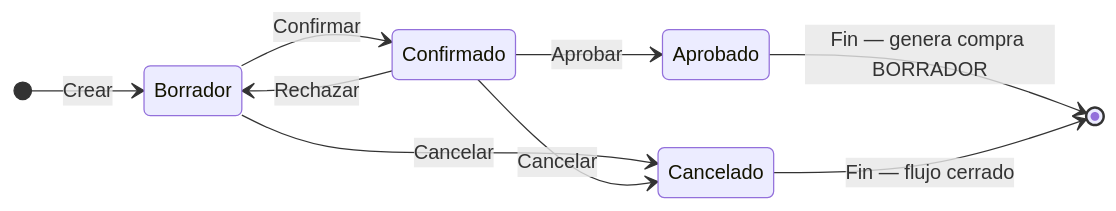
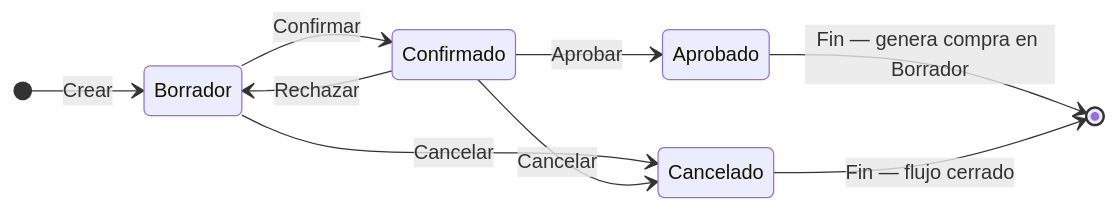
The diagram in docs/compras/orden-compras.md (Zink-in-Tech/ZiT-ERP_DocsPublica_FE), drawn with Mermaid before and after one commit. The commit also changed other lines of this file and 44 other files, not shown here.

````diff
--- a/docs/compras/orden-compras.md
+++ b/docs/compras/orden-compras.md
@@ -134,12 +132,12 @@
 ```mermaid
 stateDiagram-v2
   direction LR
   [*] --> Borrador: Crear
   Borrador --> Confirmado: Confirmar
   Confirmado --> Aprobado: Aprobar
-  Aprobado --> [*]: Fin — genera compra BORRADOR
+  Aprobado --> [*]: Fin — genera compra en Borrador
   Borrador --> Cancelado: Cancelar
   Confirmado --> Cancelado: Cancelar
   Confirmado --> Borrador: Rechazar
   Cancelado --> [*]: Fin — flujo cerrado
 ```
````
